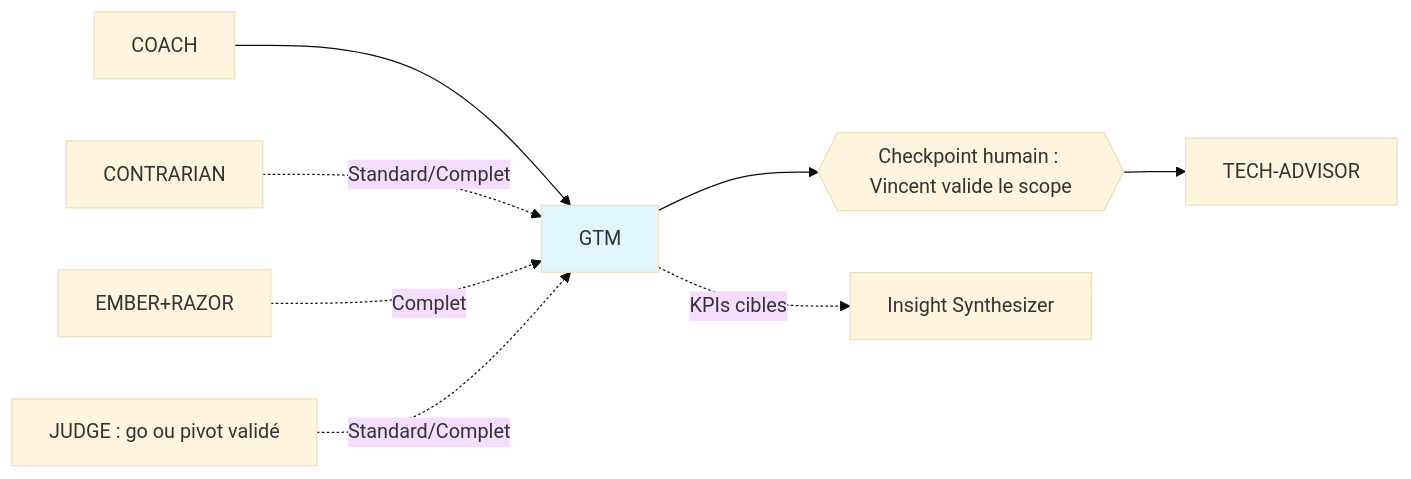
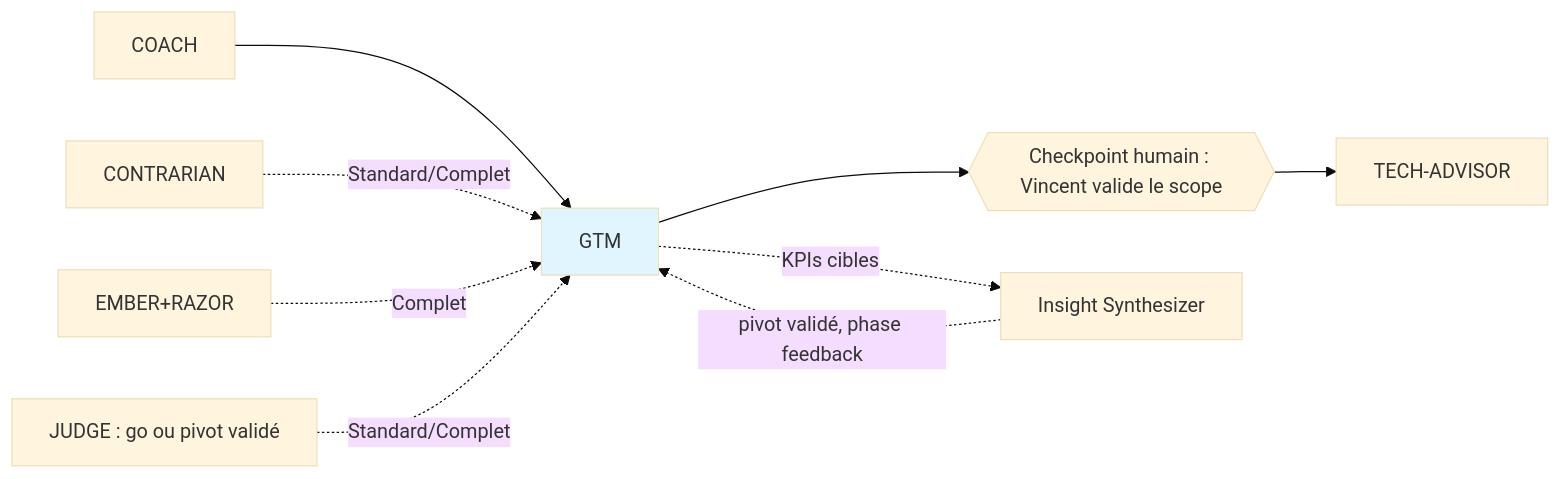
The diagram in agents/gtm.md (VincentG32/solo-builder-ai), drawn with Mermaid (base theme) before and after one commit. The commit also changed other lines of this file and 16 other files, not shown here.

````diff
--- a/agents/gtm.md
+++ b/agents/gtm.md
@@ -516,12 +519,13 @@
 ```mermaid
 flowchart LR
     CO[COACH] --> G[GTM]
     CT[CONTRARIAN] -.Standard/Complet.-> G
     ER[EMBER+RAZOR] -.Complet.-> G
     J[JUDGE : go ou pivot validé] -.Standard/Complet.-> G
     G --> CH{{Checkpoint humain : Vincent valide le scope}}
     CH --> TA[TECH-ADVISOR]
     G -.KPIs cibles.-> IS[Insight Synthesizer]
+    IS -.pivot validé, phase feedback.-> G
 
     style G fill:#e1f5ff
 ```
````
